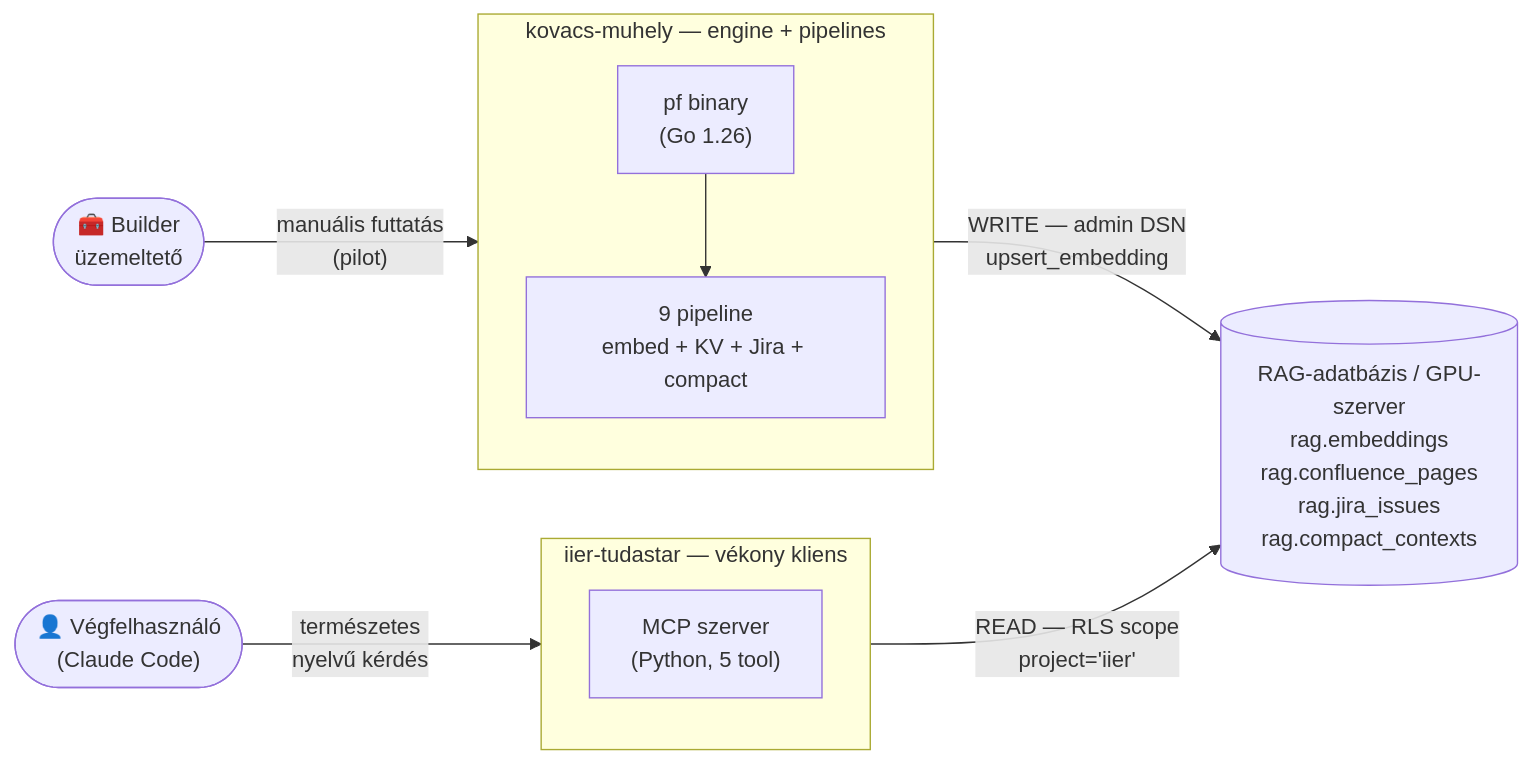
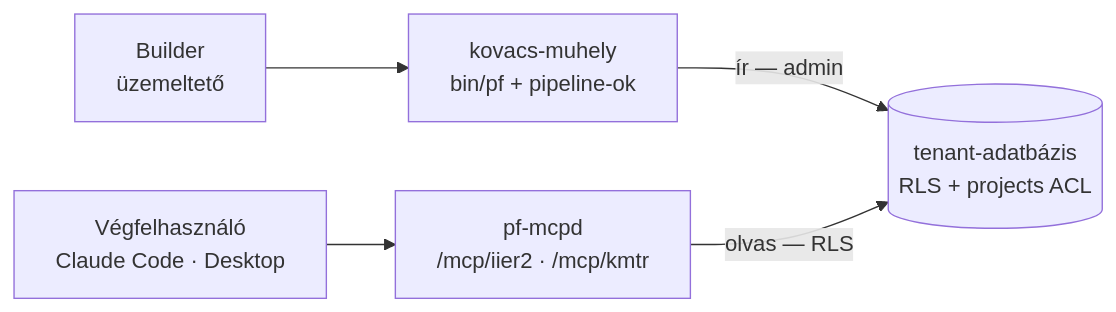
One commit to gnemet/presentations changed the first of 2 diagrams in kovacs-muhely/kovacs-muhely-01.deck.md. Above: the diagram before and after it, drawn with Mermaid. The commit also changed other lines of this file and 1 other file, not shown here.

First line of the commit message:
deck(kovacs-muhely): full refresh from the kovacs-muhely + iier-tudastar specs (15 slides)

````diff
--- a/kovacs-muhely/kovacs-muhely-01.deck.md
+++ b/kovacs-muhely/kovacs-muhely-01.deck.md
@@ -46,25 +23,10 @@
 ```mermaid
 flowchart LR
-    Builder(["🧰 Builder<br/>üzemeltető"])
-    EndUser(["👤 Végfelhasználó<br/>(Claude Code)"])
-
-    subgraph KM ["kovacs-muhely — engine + pipelines"]
-        direction TB
-        PF["pf binary<br/>(Go 1.26)"]
-        EP["9 pipeline<br/>embed + KV + Jira + compact"]
-        PF --> EP
-    end
-
-    subgraph IT ["iier-tudastar — vékony kliens"]
-        direction TB
-        MCP["MCP szerver<br/>(Python, 5 tool)"]
-    end
-
-    Builder -->|"manuális futtatás<br/>(pilot)"| KM
-    EndUser -->|"természetes<br/>nyelvű kérdés"| IT
-
-    KM -->|"WRITE — admin DSN<br/>upsert_embedding"| RAG
-    IT -->|"READ — RLS scope<br/>project='iier'"| RAG
-
-    RAG[("RAG-adatbázis / GPU-szerver<br/>rag.embeddings<br/>rag.confluence_pages<br/>rag.jira_issues<br/>rag.compact_contexts")]
+  B[Builder<br/>üzemeltető] --> KM[kovacs-muhely<br/>bin/pf + pipeline-ok]
+  KM -->|"ír — admin"| DB[(tenant-adatbázis<br/>RLS + projects ACL)]
+  U[Végfelhasználó<br/>Claude Code · Desktop] --> MCP[pf-mcpd<br/>/mcp/iier2 · /mcp/kmtr]
+  MCP -->|"olvas — RLS"| DB
+  class B,U source
+  class KM,MCP process
+  class DB storage
 ```
````
